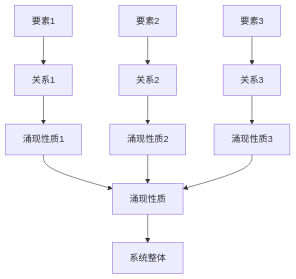
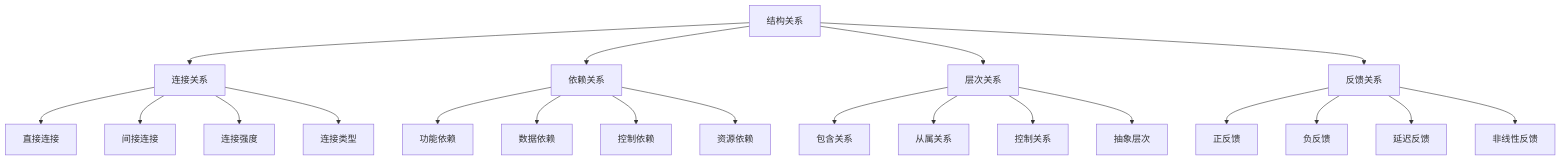
Before and after one commit to AdaMartin18010/SystemOSIOT: the eighth of 20 diagrams in 1.系统理论/1.5 多表征/1.5.1 概念图.md, drawn with Mermaid. The commit also changed other lines of this file and 118 other files, not shown here.

````diff
--- a/1.系统理论/1.5 多表征/1.5.1 概念图.md
+++ b/1.系统理论/1.5 多表征/1.5.1 概念图.md
@@ -254,16 +225,27 @@
 ```mermaid
-graph TD;
-  E1[要素1] --> R1[关系1];
-  E2[要素2] --> R2[关系2];
-  E3[要素3] --> R3[关系3];
-  
-  R1 --> EP1[涌现性质1];
-  R2 --> EP2[涌现性质2];
-  R3 --> EP3[涌现性质3];
-  
-  EP1 --> EP[涌现性质];
-  EP2 --> EP;
-  EP3 --> EP;
-  
-  EP --> S[系统整体];
+graph TD
+    A[结构关系] --> B[连接关系]
+    A --> C[依赖关系]
+    A --> D[层次关系]
+    A --> E[反馈关系]
+    
+    B --> B1[直接连接]
+    B --> B2[间接连接]
+    B --> B3[连接强度]
+    B --> B4[连接类型]
+    
+    C --> C1[功能依赖]
+    C --> C2[数据依赖]
+    C --> C3[控制依赖]
+    C --> C4[资源依赖]
+    
+    D --> D1[包含关系]
+    D --> D2[从属关系]
+    D --> D3[控制关系]
+    D --> D4[抽象层次]
+    
+    E --> E1[正反馈]
+    E --> E2[负反馈]
+    E --> E3[延迟反馈]
+    E --> E4[非线性反馈]
 ```
````
